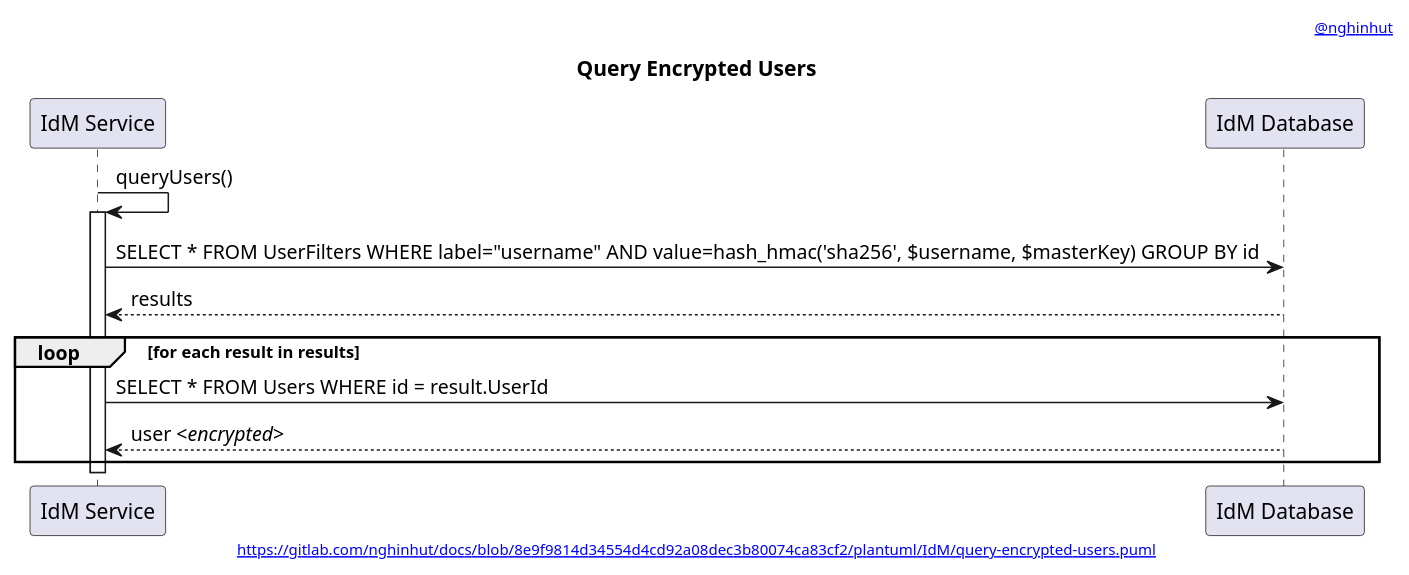
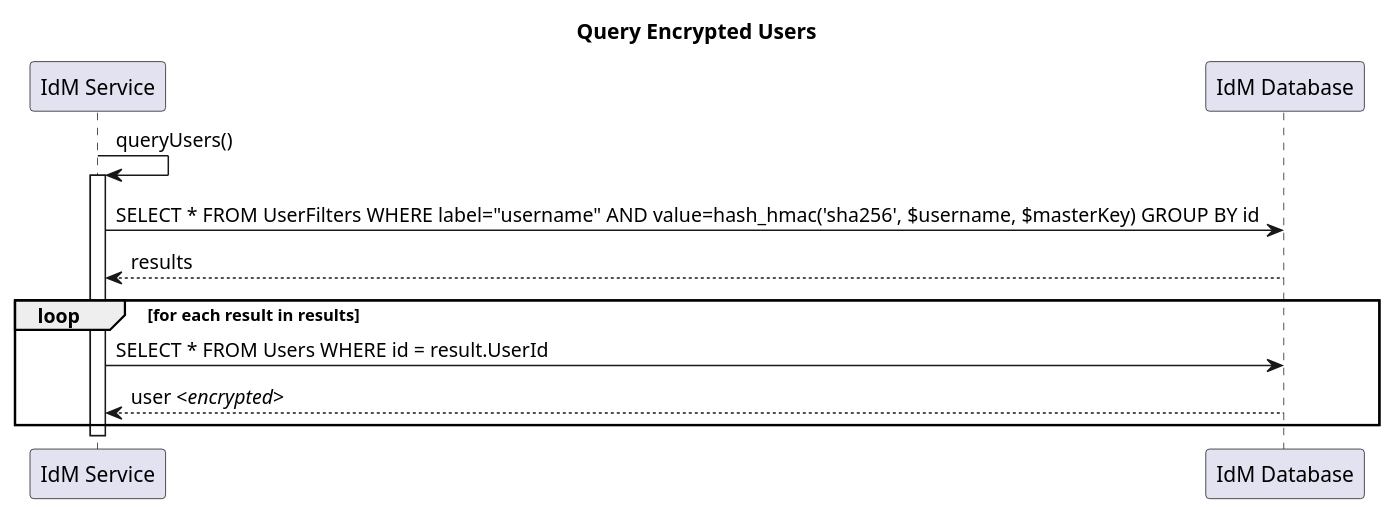
Before and after one commit to nghinhut/docs: the diagram in plantuml/IdM/query-encrypted-users.function.puml, drawn with PlantUML. The commit also changed 26 other files, not shown here.

Commit message:
refactor(plantuml): remove plantuml header from files

```diff
--- a/plantuml/IdM/query-encrypted-users.function.puml
+++ b/plantuml/IdM/query-encrypted-users.function.puml
@@ -1,22 +1,17 @@
 @startuml
-'-----START auto generated metadata please keep comment here to allow auto update-----
-'-----DON'T EDIT THIS SECTION, INSTEAD RE-RUN prebuild.sh TO UPDATE-----
-header [[https://www.nghinhut.dev?from=http%5C%3A%5C%2F%5C%2Fwww%5C.plantuml%5C.com%5C%2Fplantuml%5C%2Fproxy%3Ffmt%3Dsvg%5C%26src%3Dhttps%5C%3A%5C%2F%5C%2Fgitlab%5C.com%5C%2Fnghinhut%5C%2Fdocs%5C%2Fraw%5C%2F8e9f9814d34554d4cd92a08dec3b80074ca83cf2%5C%2Fplantuml%5C%2FIdM%5C%2Fquery-encrypted-users%5C.puml%0A @nghinhut]]
-footer [[http://www.plantuml.com/plantuml/proxy?fmt=svg&src=https://gitlab.com/nghinhut/docs/raw/8e9f9814d34554d4cd92a08dec3b80074ca83cf2/plantuml/IdM/query-encrypted-users.puml https://gitlab.com/nghinhut/docs/blob/8e9f9814d34554d4cd92a08dec3b80074ca83cf2/plantuml/IdM/query-encrypted-users.puml]]
-'-----END auto generated metadata please keep comment here to allow auto update-----
 title Query Encrypted Users
 
 participant "IdM Service" as idm
 participant "IdM Database" as db
 
 idm -> idm : queryUsers()
 activate idm
     idm -> db : SELECT * FROM UserFilters WHERE label="username" AND value=hash_hmac('sha256', $username, $masterKey) GROUP BY id
     idm <-- db : results
 
     loop for each result in results
         idm -> db : SELECT * FROM Users WHERE id = result.UserId
         idm <-- db : user <//encrypted//>
     end
 deactivate idm
 @enduml
```
